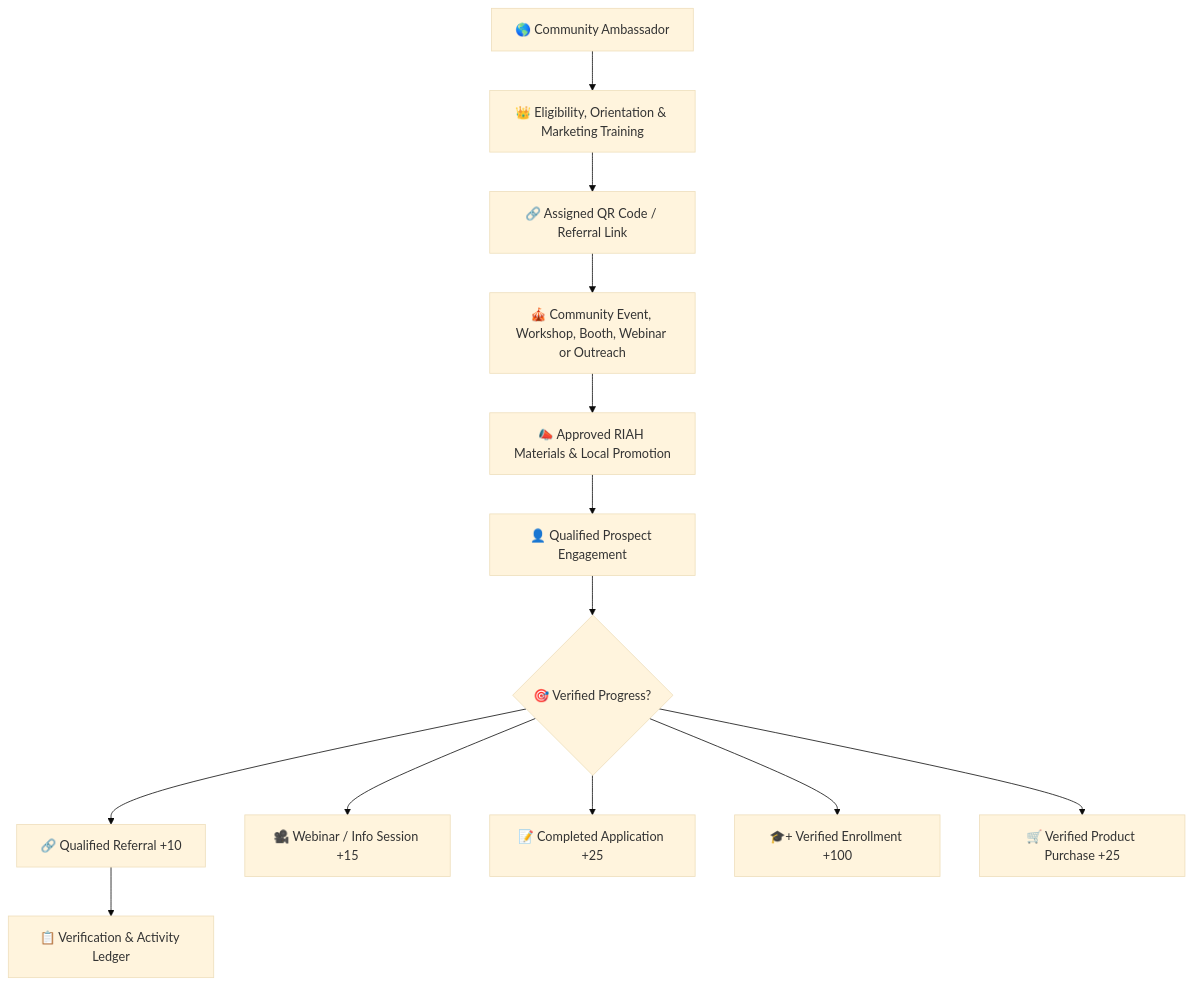
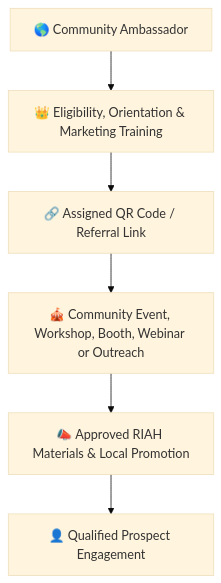
Before and after one commit to RIAHPathway/Website: the second of 3 diagrams in Contributor-Benefits/AMBASSADORS.md, drawn with Mermaid (base theme). The commit also changed other lines of this file, not shown here.

Commit message:
Simplify Mermaid diagrams to high-level visual flows

````diff
--- a/Contributor-Benefits/AMBASSADORS.md
+++ b/Contributor-Benefits/AMBASSADORS.md
@@ -75,15 +75,8 @@
 ```mermaid
 flowchart TB
 A["🌎 Community Ambassador"] --> B["👑 Eligibility, Orientation & Marketing Training"]
 B --> C["🔗 Assigned QR Code / Referral Link"]
 C --> D["🎪 Community Event, Workshop, Booth, Webinar or Outreach"]
 D --> E["📣 Approved RIAH Materials & Local Promotion"]
 E --> F["👤 Qualified Prospect Engagement"]
-F --> G{"🎯 Verified Progress?"}
-G --> H["🔗 Qualified Referral +10"]
-G --> I["🎥 Webinar / Info Session +15"]
-G --> J["📝 Completed Application +25"]
-G --> K["🎓+ Verified Enrollment +100"]
-G --> L["🛒 Verified Product Purchase +25"]
-H --> M["📋 Verification & Activity Ledger"]
 ```
````
